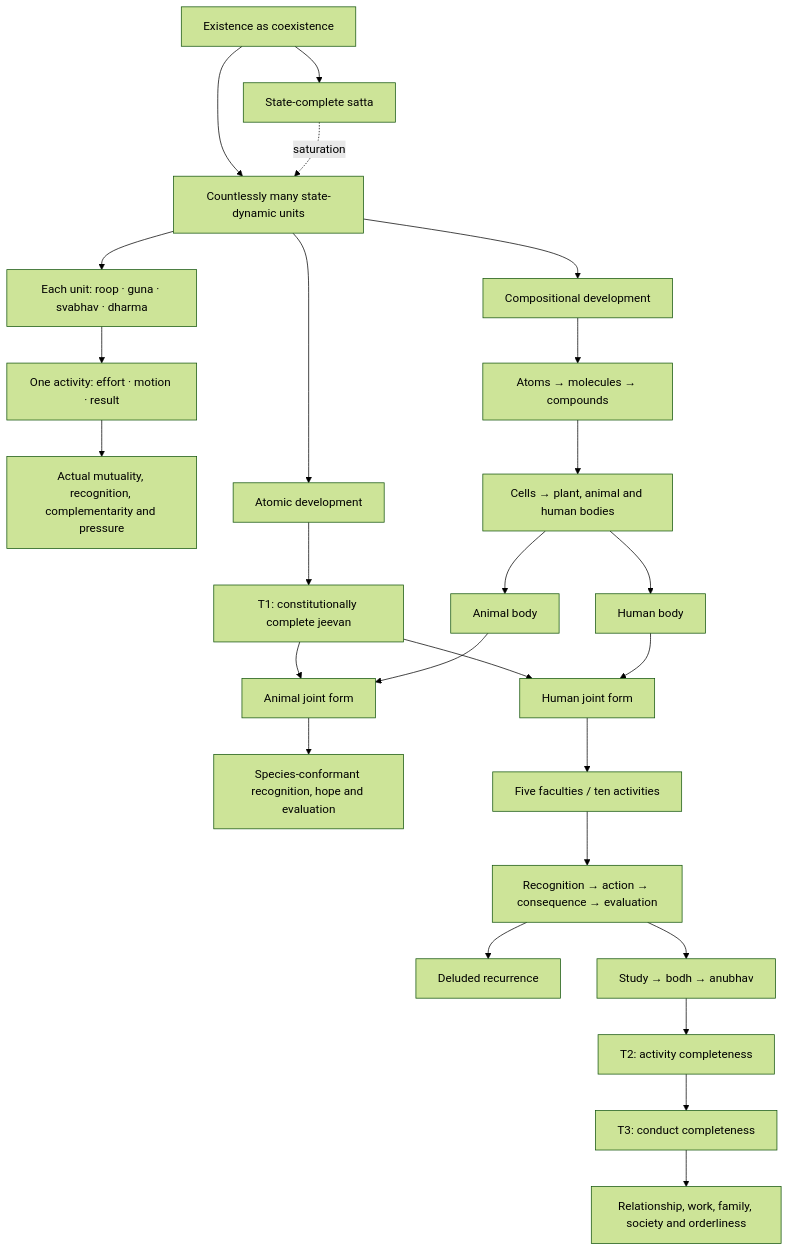
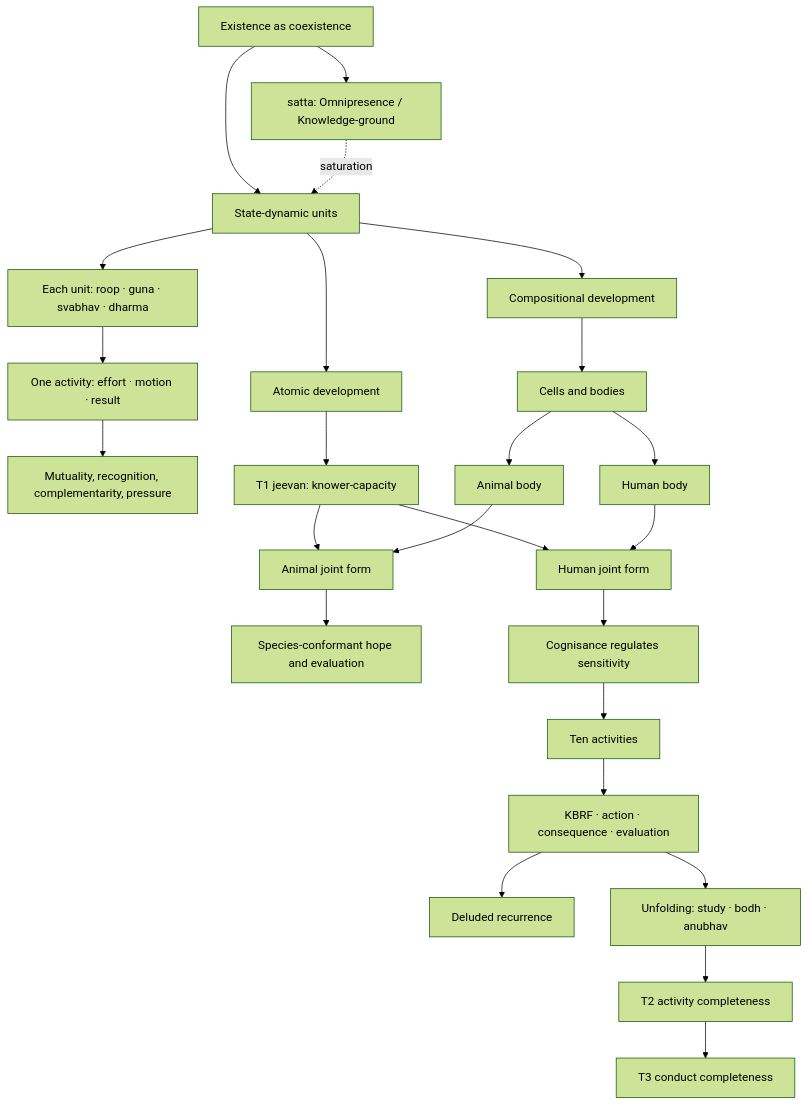
Before and after one commit to raghavamohan/AnalyticMadhyasthDarshan: the first of 7 diagrams in Studies/A-State-Dynamic-Model-Of-Coexistence/A-State-Dynamic-Model-Of-Coexistence.md, drawn with Mermaid (forest theme). The commit also changed other lines of this file and 7 other files, not shown here.

First line of the commit message:
Make Knowledge-ground and human unfolding explicit in the state-dynamic model.

````diff
--- a/Studies/A-State-Dynamic-Model-Of-Coexistence/A-State-Dynamic-Model-Of-Coexistence.md
+++ b/Studies/A-State-Dynamic-Model-Of-Coexistence/A-State-Dynamic-Model-Of-Coexistence.md
@@ -32,31 +32,30 @@
 ```mermaid
 flowchart TD
-    E["Existence as coexistence"] --> O["State-complete satta"]
-    E --> U["Countlessly many state-dynamic units"]
-    O -. "saturation" .-> U
+    E["Existence as coexistence"] --> O["satta: Omnipresence / Knowledge-ground"]
+    E --> U["State-dynamic units"]
+    O -.->|"saturation"| U
     U --> ONE["Each unit: roop · guna · svabhav · dharma"]
     ONE --> EMR["One activity: effort · motion · result"]
-    EMR --> MUT["Actual mutuality, recognition, complementarity and pressure"]
+    EMR --> MUT["Mutuality, recognition, complementarity, pressure"]
 
     U --> CL["Compositional development"]
-    CL --> MAT["Atoms → molecules → compounds"]
-    MAT --> BIO["Cells → plant, animal and human bodies"]
+    CL --> BIO["Cells and bodies"]
+    U --> AL["Atomic development"]
+    AL --> T1["T1 jeevan: knower-capacity"]
+    BIO --> AB["Animal body"]
+    BIO --> HB["Human body"]
+    T1 --> AJ["Animal joint form"]
+    T1 --> HJ["Human joint form"]
+    AB --> AJ
+    HB --> HJ
 
-    U --> AL["Atomic development"]
-    AL --> T1["T1: constitutionally complete jeevan"]
-    BIO --> AB["Animal body"]
-    T1 --> AJ["Animal joint form"]
-    AB --> AJ
-    AJ --> AE["Species-conformant recognition, hope and evaluation"]
+    AJ --> AE["Species-conformant hope and evaluation"]
 
-    BIO --> HB["Human body"]
-    T1 --> HJ["Human joint form"]
-    HB --> HJ
-    HJ --> HF["Five faculties / ten activities"]
-    HF --> REC["Recognition → action → consequence → evaluation"]
+    HJ --> COG["Cognisance regulates sensitivity"]
+    COG --> HF["Ten activities"]
+    HF --> REC["KBRF · action · consequence · evaluation"]
     REC --> DEL["Deluded recurrence"]
-    REC --> AW["Study → bodh → anubhav"]
-    AW --> T2["T2: activity completeness"]
-    T2 --> T3["T3: conduct completeness"]
-    T3 --> PUB["Relationship, work, family, society and orderliness"]
+    REC --> AW["Unfolding: study · bodh · anubhav"]
+    AW --> T2["T2 activity completeness"]
+    T2 --> T3["T3 conduct completeness"]
 ```
````
